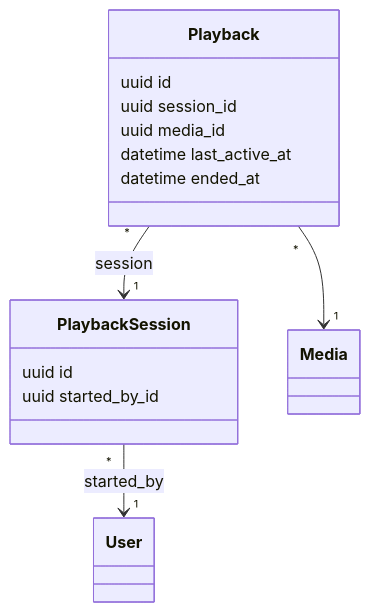
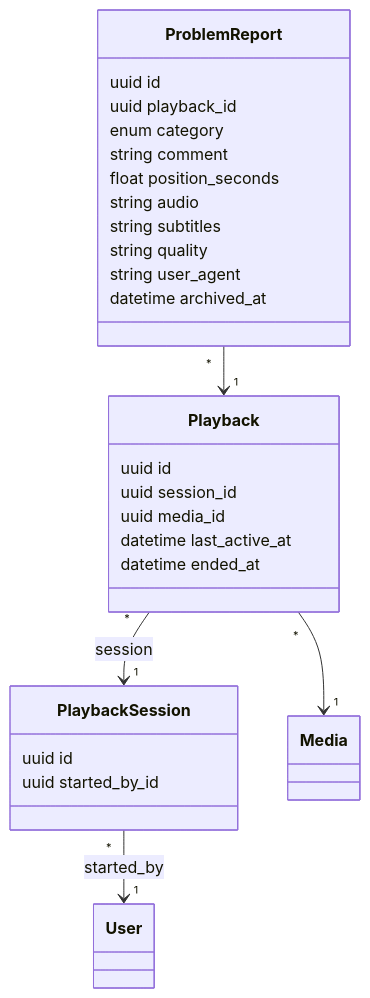
Before and after one commit to nat-e/watch_club: the seventh of 12 diagrams in docs/data-model.md, drawn with Mermaid. The commit also changed 38 other files, not shown here.

First line of the commit message:
feat(player): report a problem from the Player (#75)

````diff
--- a/docs/data-model.md
+++ b/docs/data-model.md
@@ -367,19 +367,32 @@
 ```mermaid
 classDiagram
   class PlaybackSession {
     uuid id
     uuid started_by_id
   }
   class Playback {
     uuid id
     uuid session_id
     uuid media_id
     datetime last_active_at
     datetime ended_at
   }
+  class ProblemReport {
+    uuid id
+    uuid playback_id
+    enum category
+    string comment
+    float position_seconds
+    string audio
+    string subtitles
+    string quality
+    string user_agent
+    datetime archived_at
+  }
   class User
   class Media
   PlaybackSession "*" --> "1" User : started_by
   Playback "*" --> "1" PlaybackSession : session
   Playback "*" --> "1" Media
+  ProblemReport "*" --> "1" Playback
 ```
````
